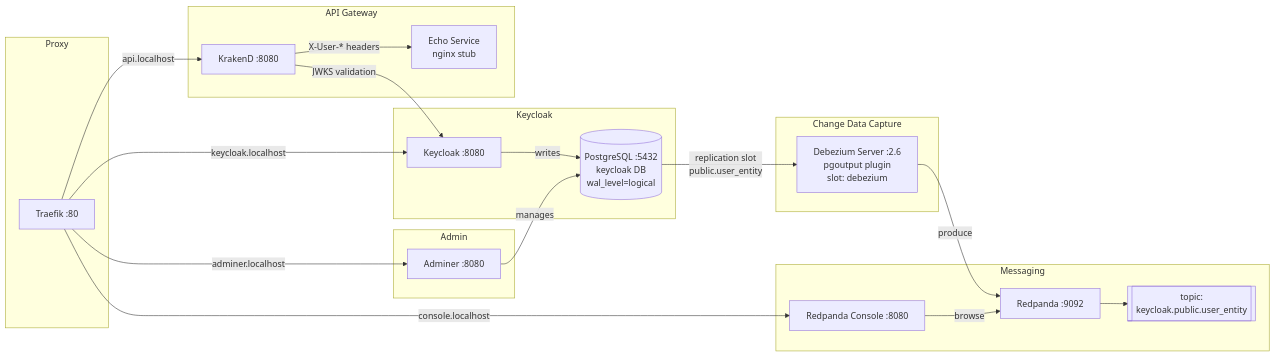
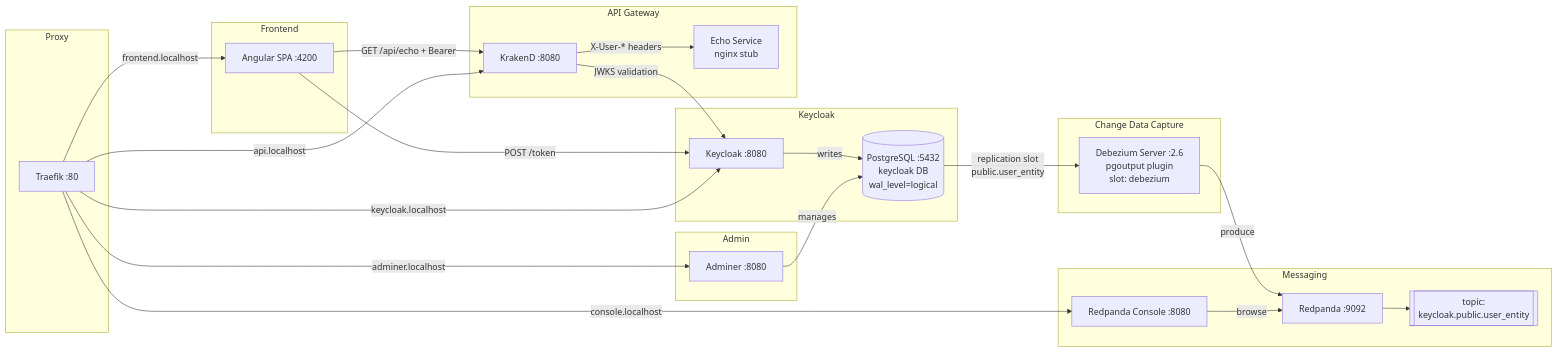
One commit to mmalessa/small-ecosystem changed the diagram in README.md. Above: the diagram before and after it, drawn with Mermaid. The commit also changed other lines of this file and 32 other files, not shown here.

````diff
--- a/README.md
+++ b/README.md
@@ -9,43 +9,50 @@
 ```mermaid
 flowchart LR
     subgraph Proxy
         TR[Traefik :80]
     end
 
     subgraph Keycloak
         KC[Keycloak :8080]
         PG[(PostgreSQL :5432\nkeycloak DB\nwal_level=logical)]
         KC -- writes --> PG
     end
 
     subgraph Admin
         ADM[Adminer :8080]
         ADM -- manages --> PG
     end
 
     subgraph API["API Gateway"]
         KD[KrakenD :8080]
         ECHO[Echo Service\nnginx stub]
         KD -- "X-User-* headers" --> ECHO
         KD -- "JWKS validation" --> KC
     end
 
     subgraph CDC["Change Data Capture"]
         DBZ[Debezium Server :2.6\npgoutput plugin\nslot: debezium]
         PG -- replication slot\npublic.user_entity --> DBZ
     end
 
     subgraph Messaging
         RP[Redpanda :9092]
         TOPIC[[topic:\nkeycloak.public.user_entity]]
         CON[Redpanda Console :8080]
         DBZ -- produce --> RP
         RP --> TOPIC
         CON -- browse --> RP
     end
 
+    subgraph Frontend
+        FE[Angular SPA :4200]
+        FE -- "POST /token" --> KC
+        FE -- "GET /api/echo + Bearer" --> KD
+    end
+
+    TR -- frontend.localhost --> FE
     TR -- keycloak.localhost --> KC
     TR -- console.localhost --> CON
     TR -- adminer.localhost --> ADM
     TR -- api.localhost --> KD
 ```
````
